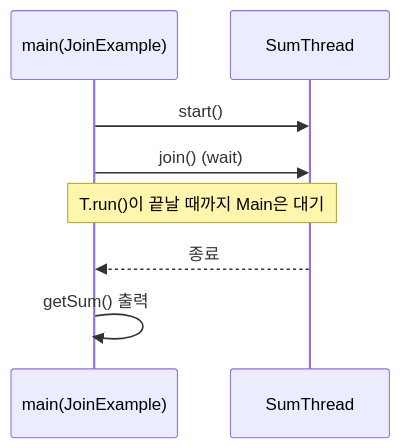
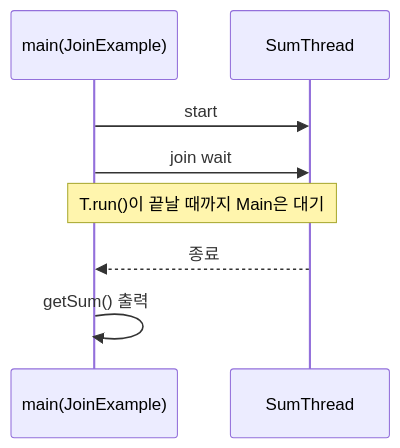
Before and after one commit to metaapple/kb7-java: the second of 4 diagrams in dyay9-thread/README.md, drawn with Mermaid. The commit also changed other lines of this file, not shown here.

````diff
--- a/dyay9-thread/README.md
+++ b/dyay9-thread/README.md
@@ -43,10 +43,10 @@
 ```mermaid
 sequenceDiagram
   participant Main as main(JoinExample)
   participant T as SumThread
-  Main->>T: start()
-  Main->>T: join() (wait)
+  Main->>T: start
+  Main->>T: join wait
   Note over Main,T: T.run()이 끝날 때까지 Main은 대기
   T-->>Main: 종료
   Main->>Main: getSum() 출력
 ```
````
